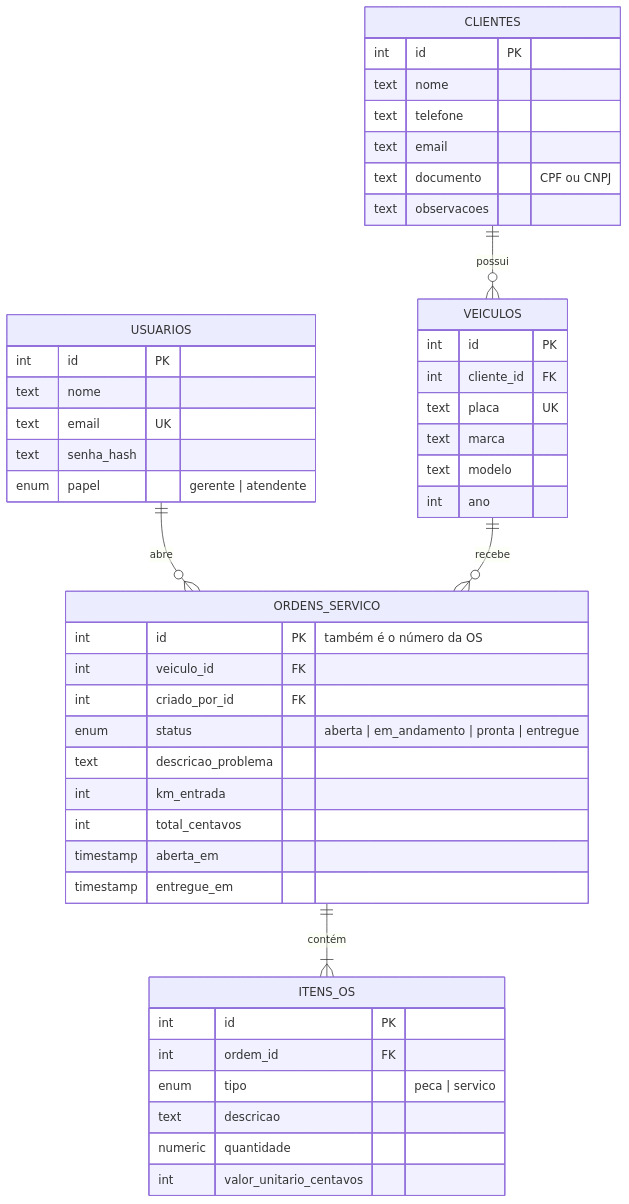
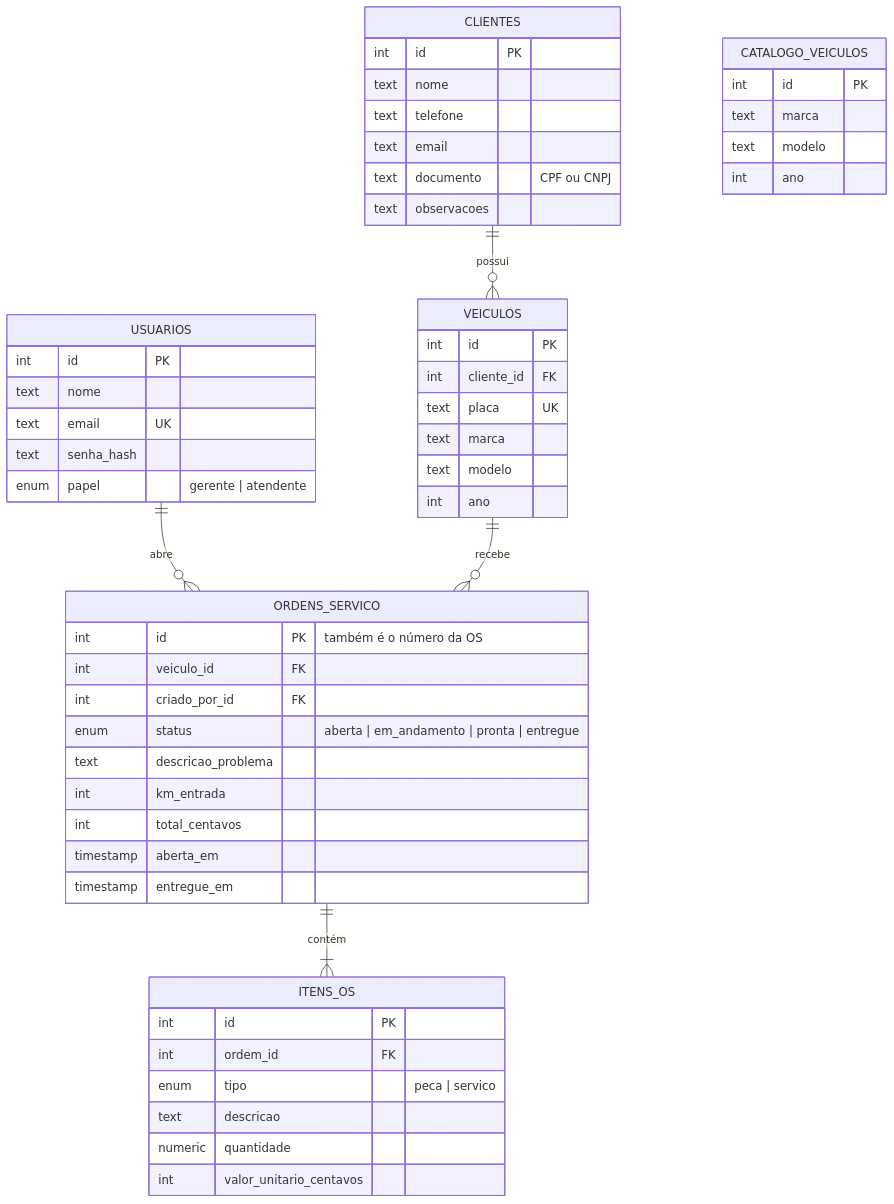
The first of 2 diagrams in docs/modelo-de-dados.md (josezaltar/oficina-os), drawn with Mermaid before and after one commit. The commit also changed other lines of this file and 15 other files, not shown here.

First line of the commit message:
feat: catálogo de marca/modelo/ano com sugestões e comando para limpar dados

````diff
--- a/docs/modelo-de-dados.md
+++ b/docs/modelo-de-dados.md
@@ -5,50 +5,56 @@
 ```mermaid
 erDiagram
     USUARIOS ||--o{ ORDENS_SERVICO : "abre"
     CLIENTES ||--o{ VEICULOS : "possui"
     VEICULOS ||--o{ ORDENS_SERVICO : "recebe"
     ORDENS_SERVICO ||--|{ ITENS_OS : "contém"
 
     USUARIOS {
         int id PK
         text nome
         text email UK
         text senha_hash
         enum papel "gerente | atendente"
     }
     CLIENTES {
         int id PK
         text nome
         text telefone
         text email
         text documento "CPF ou CNPJ"
         text observacoes
     }
     VEICULOS {
         int id PK
         int cliente_id FK
         text placa UK
         text marca
         text modelo
         int ano
     }
     ORDENS_SERVICO {
         int id PK "também é o número da OS"
         int veiculo_id FK
         int criado_por_id FK
         enum status "aberta | em_andamento | pronta | entregue"
         text descricao_problema
         int km_entrada
         int total_centavos
         timestamp aberta_em
         timestamp entregue_em
     }
+    CATALOGO_VEICULOS {
+        int id PK
+        text marca
+        text modelo
+        int ano
+    }
     ITENS_OS {
         int id PK
         int ordem_id FK
         enum tipo "peca | servico"
         text descricao
         numeric quantidade
         int valor_unitario_centavos
     }
 ```
````
